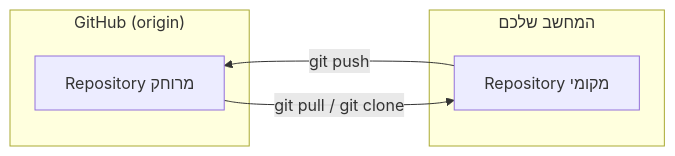
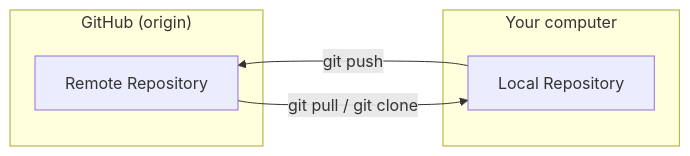
One commit to neriyaMalachi/FullStack_kodkode_5 changed the diagram in content/docs/git/16-git-github-content.md. Above: the diagram before and after it, drawn with Mermaid. The commit also changed other lines of this file and 117 other files, not shown here.

````diff
--- a/content/docs/git/16-git-github-content.md
+++ b/content/docs/git/16-git-github-content.md
@@ -47,11 +47,11 @@
 ```mermaid
 flowchart RL
-    subgraph Local["המחשב שלכם"]
-        R["Repository מקומי"]
+    subgraph Local["Your computer"]
+        R["Local Repository"]
     end
     subgraph Remote["GitHub (origin)"]
-        RG["Repository מרוחק"]
+        RG["Remote Repository"]
     end
     R -->|"git push"| RG
     RG -->|"git pull / git clone"| R
 ```
````
